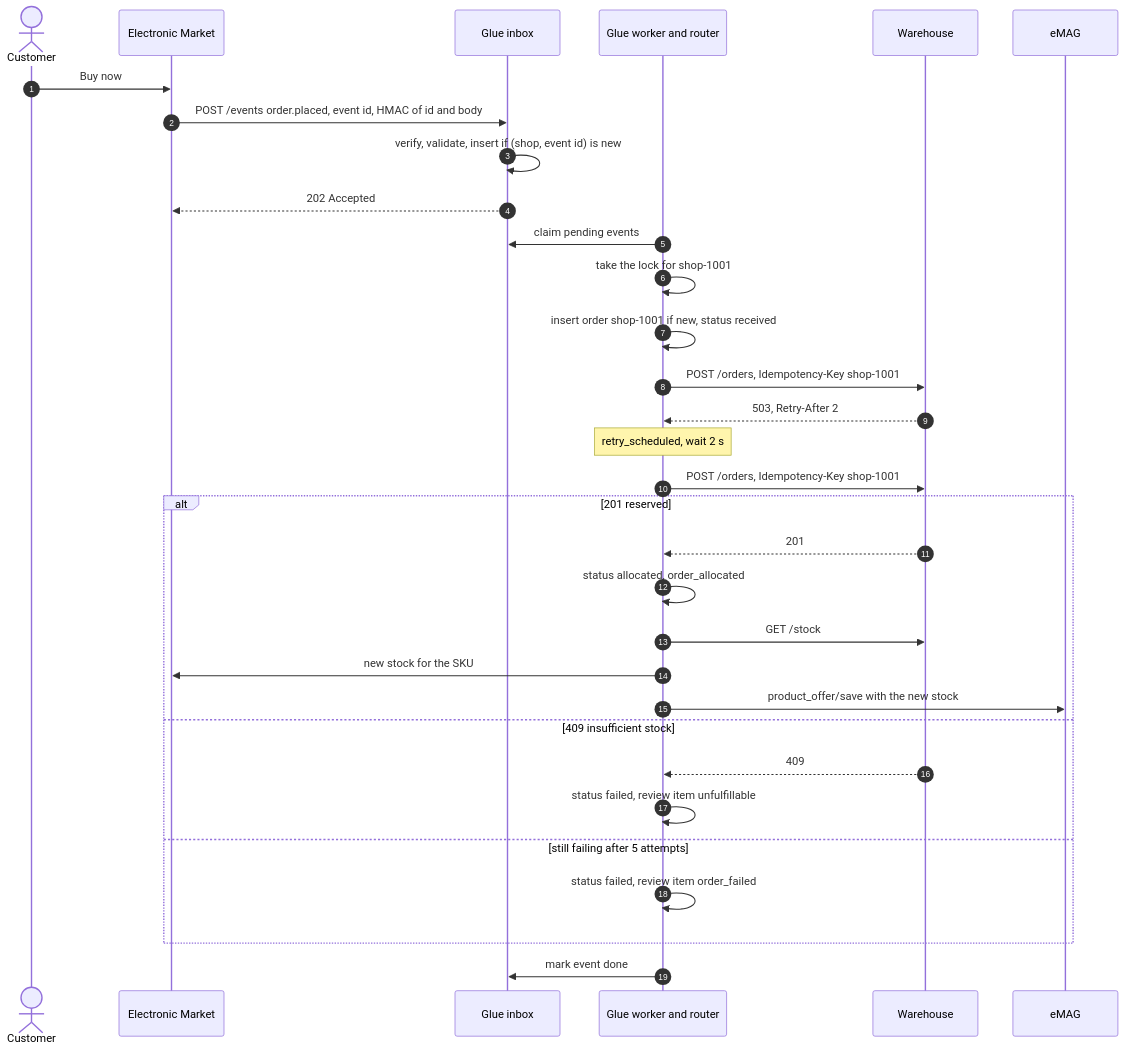
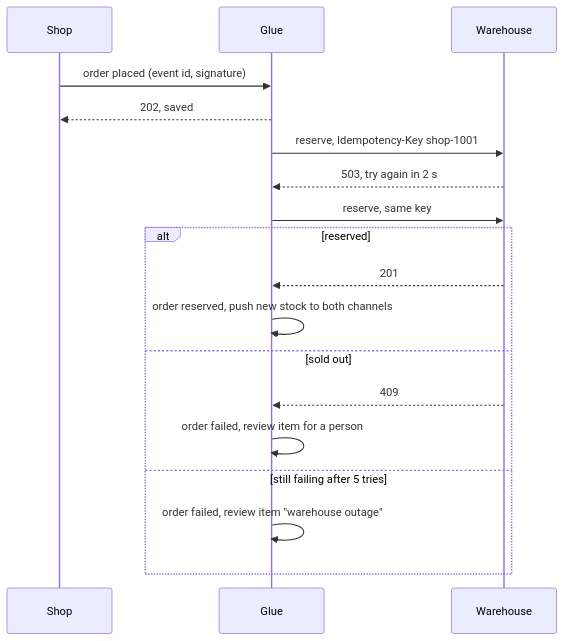
The second of 4 diagrams in docs/architecture.md (PantelimonGulie/adb-glue-service), drawn with Mermaid before and after one commit. The commit also changed other lines of this file and 29 other files, not shown here.

````diff
--- a/docs/architecture.md
+++ b/docs/architecture.md
@@ -118,35 +37,21 @@
 ```mermaid
 sequenceDiagram
-    autonumber
-    actor C as Customer
-    participant S as Electronic Market
-    participant I as Glue inbox
-    participant G as Glue worker and router
-    participant WH as Warehouse
-    participant E as eMAG
+    participant S as Shop
+    participant G as Glue
+    participant W as Warehouse
 
-    C->>S: Buy now
-    S->>I: POST /events order.placed, event id, HMAC of id and body
-    I->>I: verify, validate, insert if (shop, event id) is new
-    I-->>S: 202 Accepted
-    G->>I: claim pending events
-    G->>G: take the lock for shop-1001
-    G->>G: insert order shop-1001 if new, status received
-    G->>WH: POST /orders, Idempotency-Key shop-1001
-    WH-->>G: 503, Retry-After 2
-    Note over G: retry_scheduled, wait 2 s
-    G->>WH: POST /orders, Idempotency-Key shop-1001
-    alt 201 reserved
-        WH-->>G: 201
-        G->>G: status allocated, order_allocated
-        G->>WH: GET /stock
-        G->>S: new stock for the SKU
-        G->>E: product_offer/save with the new stock
-    else 409 insufficient stock
-        WH-->>G: 409
-        G->>G: status failed, review item unfulfillable
-    else still failing after 5 attempts
-        G->>G: status failed, review item order_failed
+    S->>G: order placed (event id, signature)
+    G-->>S: 202, saved
+    G->>W: reserve, Idempotency-Key shop-1001
+    W-->>G: 503, try again in 2 s
+    G->>W: reserve, same key
+    alt reserved
+        W-->>G: 201
+        G->>G: order reserved, push new stock to both channels
+    else sold out
+        W-->>G: 409
+        G->>G: order failed, review item for a person
+    else still failing after 5 tries
+        G->>G: order failed, review item "warehouse outage"
     end
-    G->>I: mark event done
 ```
````
